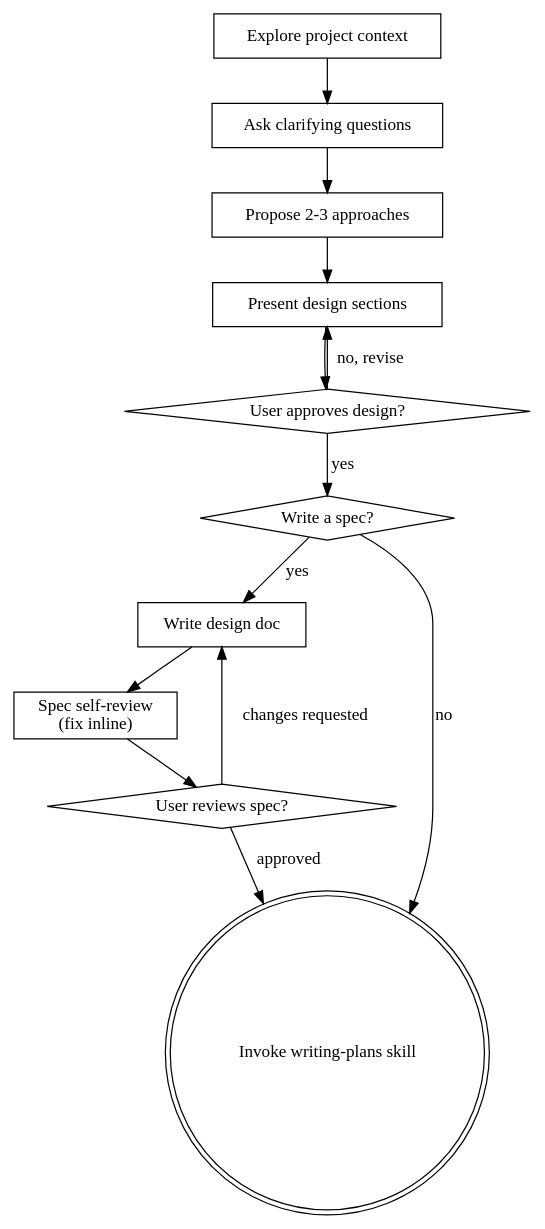
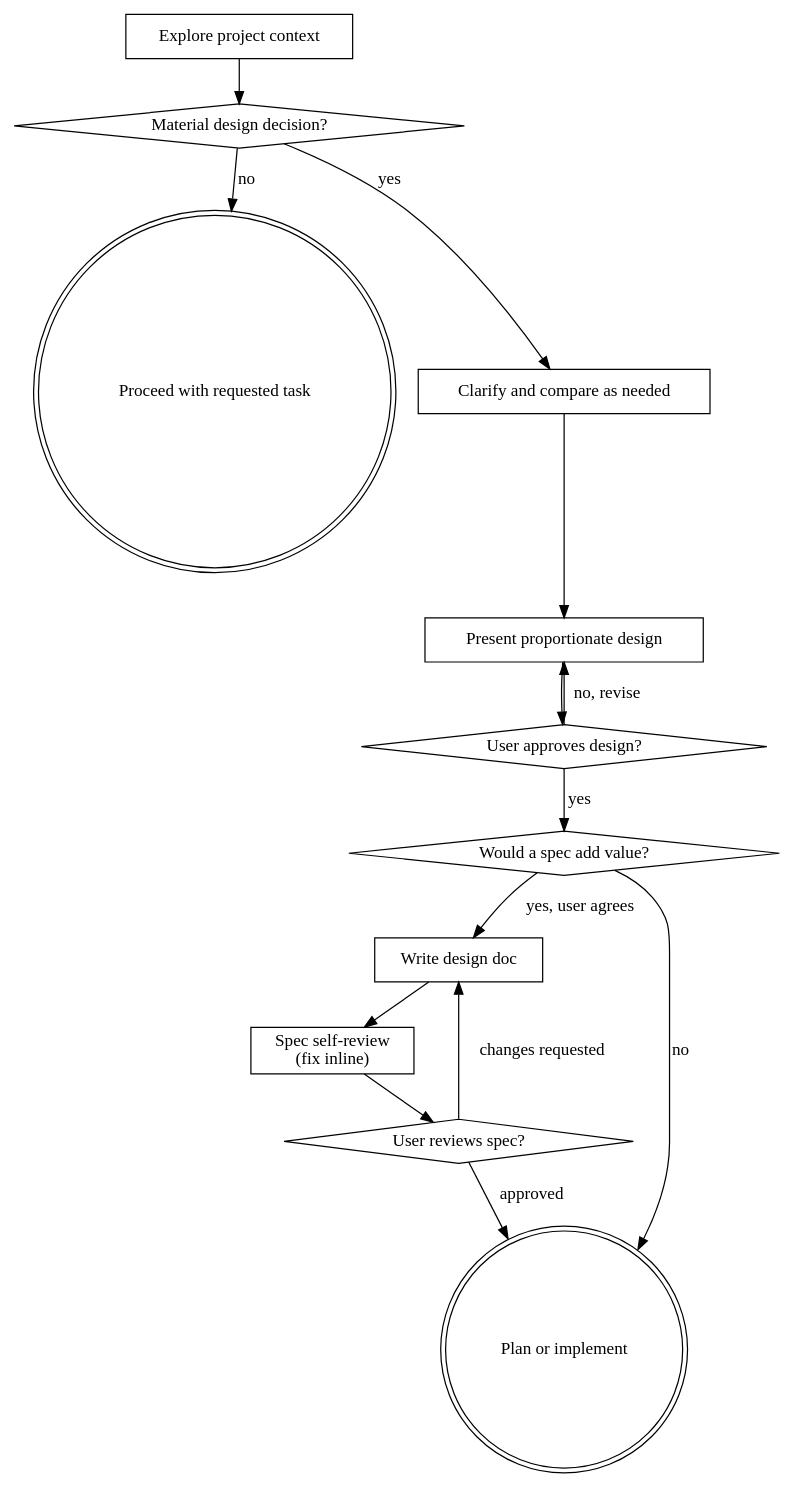
One commit to daihere1993/dotfiles changed the diagram in ai-agent/skills/brainstorming/SKILL.md. Above: the diagram before and after it, drawn with Graphviz. The commit also changed other lines of this file, not shown here.

First line of the commit message:
refactor(skills): add triage gates to brainstorming skill

````diff
--- a/ai-agent/skills/brainstorming/SKILL.md
+++ b/ai-agent/skills/brainstorming/SKILL.md
@@ -37,27 +48,29 @@
 ```dot
 digraph brainstorming {
     "Explore project context" [shape=box];
-    "Ask clarifying questions" [shape=box];
-    "Propose 2-3 approaches" [shape=box];
-    "Present design sections" [shape=box];
+    "Material design decision?" [shape=diamond];
+    "Proceed with requested task" [shape=doublecircle];
+    "Clarify and compare as needed" [shape=box];
+    "Present proportionate design" [shape=box];
     "User approves design?" [shape=diamond];
-    "Write a spec?" [shape=diamond];
+    "Would a spec add value?" [shape=diamond];
     "Write design doc" [shape=box];
     "Spec self-review\n(fix inline)" [shape=box];
     "User reviews spec?" [shape=diamond];
-    "Invoke writing-plans skill" [shape=doublecircle];
+    "Plan or implement" [shape=doublecircle];
 
-    "Explore project context" -> "Ask clarifying questions";
-    "Ask clarifying questions" -> "Propose 2-3 approaches";
-    "Propose 2-3 approaches" -> "Present design sections";
-    "Present design sections" -> "User approves design?";
-    "User approves design?" -> "Present design sections" [label="no, revise"];
-    "User approves design?" -> "Write a spec?" [label="yes"];
-    "Write a spec?" -> "Write design doc" [label="yes"];
-    "Write a spec?" -> "Invoke writing-plans skill" [label="no"];
+    "Explore project context" -> "Material design decision?";
+    "Material design decision?" -> "Proceed with requested task" [label="no"];
+    "Material design decision?" -> "Clarify and compare as needed" [label="yes"];
+    "Clarify and compare as needed" -> "Present proportionate design";
+    "Present proportionate design" -> "User approves design?";
+    "User approves design?" -> "Present proportionate design" [label="no, revise"];
+    "User approves design?" -> "Would a spec add value?" [label="yes"];
+    "Would a spec add value?" -> "Write design doc" [label="yes, user agrees"];
+    "Would a spec add value?" -> "Plan or implement" [label="no"];
     "Write design doc" -> "Spec self-review\n(fix inline)";
     "Spec self-review\n(fix inline)" -> "User reviews spec?";
     "User reviews spec?" -> "Write design doc" [label="changes requested"];
-    "User reviews spec?" -> "Invoke writing-plans skill" [label="approved"];
+    "User reviews spec?" -> "Plan or implement" [label="approved"];
 }
 ```
````
